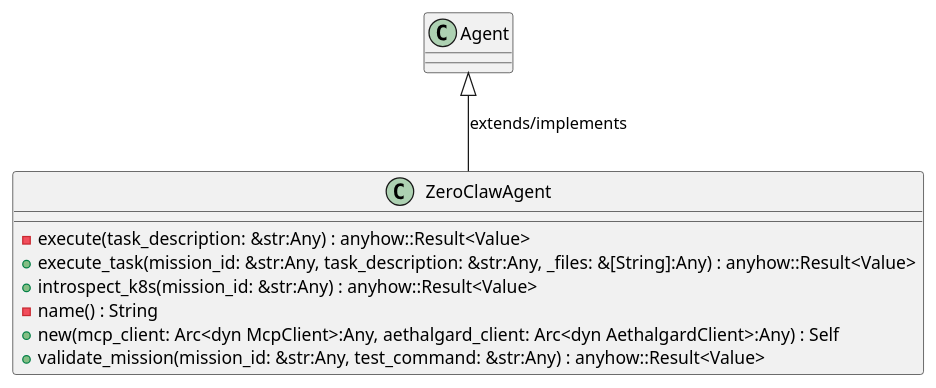
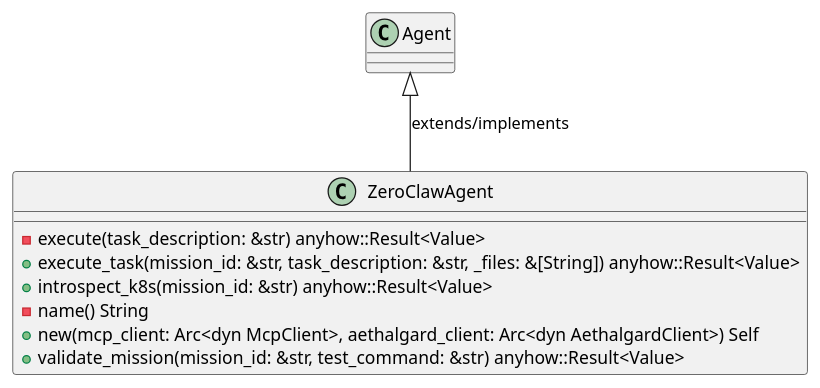
One commit to lgcorzo/rust_CACD_autonomous_factory changed the first of 6 diagrams in openwiki/crates_factory_application_src_agents_zeroclaw.md. Above: the diagram before and after it, drawn with PlantUML. The commit also changed other lines of this file and 97 other files, not shown here.

First line of the commit message:
Fix Rust AST parsing for method and function parameters, and update OKF UML frontmatter

````diff
--- a/openwiki/crates_factory_application_src_agents_zeroclaw.md
+++ b/openwiki/crates_factory_application_src_agents_zeroclaw.md
@@ -164,14 +169,14 @@
 ```plantuml
 @startuml
 class ZeroClawAgent {
-    -execute(task_description: &str:Any) : anyhow::Result<Value>
-    +execute_task(mission_id: &str:Any, task_description: &str:Any, _files: &[String]:Any) : anyhow::Result<Value>
-    +introspect_k8s(mission_id: &str:Any) : anyhow::Result<Value>
-    -name() : String
-    +new(mcp_client: Arc<dyn McpClient>:Any, aethalgard_client: Arc<dyn AethalgardClient>:Any) : Self
-    +validate_mission(mission_id: &str:Any, test_command: &str:Any) : anyhow::Result<Value>
+    -execute(task_description: &str) anyhow::Result<Value>
+    +execute_task(mission_id: &str, task_description: &str, _files: &[String]) anyhow::Result<Value>
+    +introspect_k8s(mission_id: &str) anyhow::Result<Value>
+    -name() String
+    +new(mcp_client: Arc<dyn McpClient>, aethalgard_client: Arc<dyn AethalgardClient>) Self
+    +validate_mission(mission_id: &str, test_command: &str) anyhow::Result<Value>
 }
 Agent <|-- ZeroClawAgent : extends/implements
 @enduml
 
 ```
````
